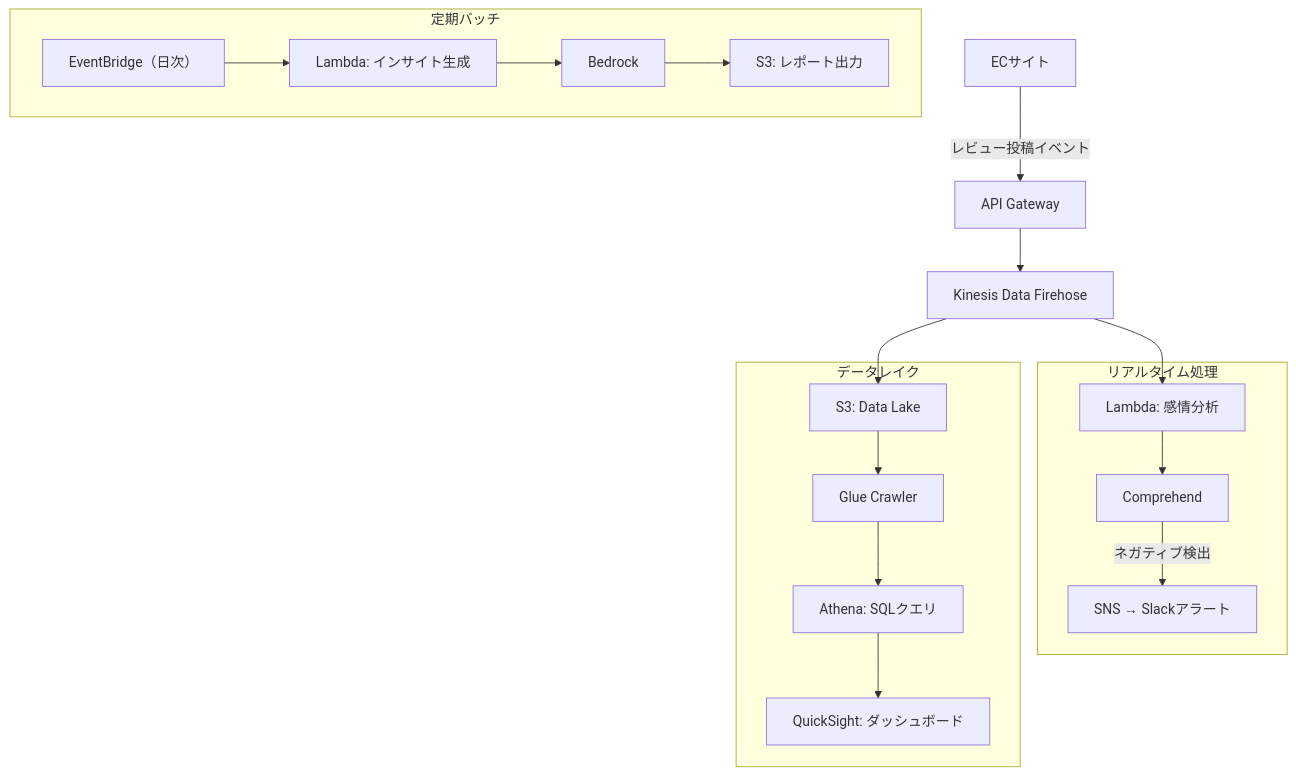
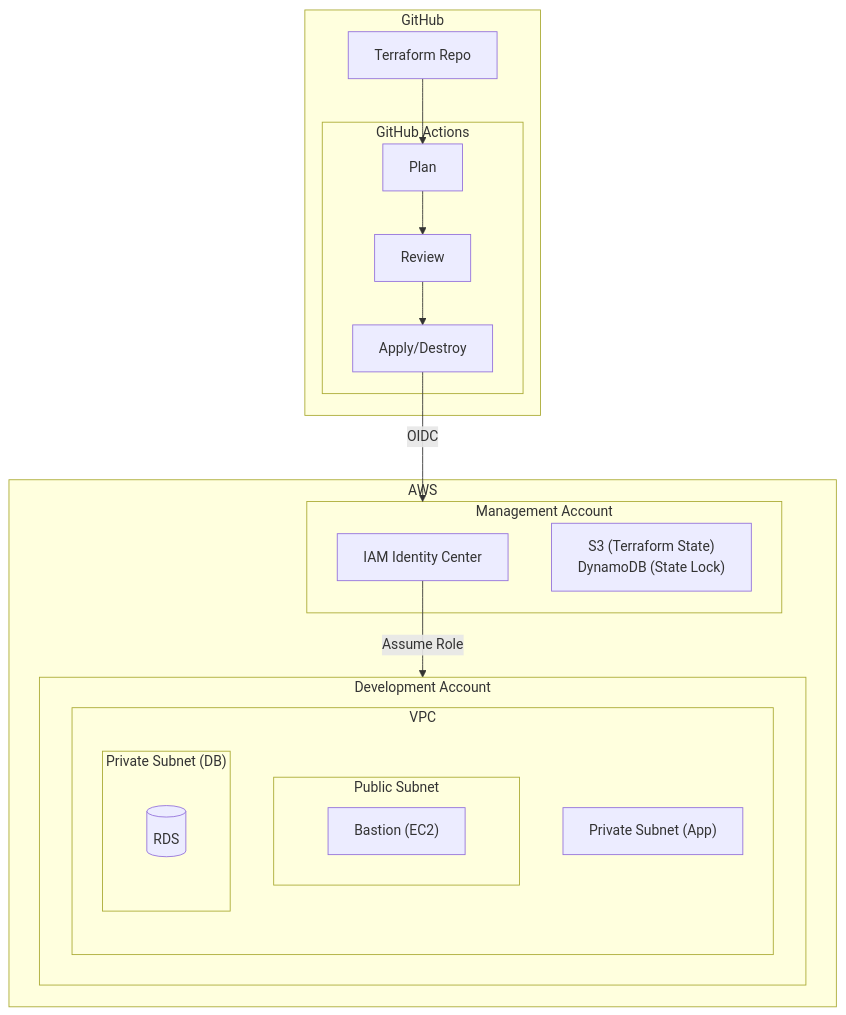
Before and after one commit to yuta-ishii-cm/aws-practice: the first of 2 diagrams in exercises/exercise-09.md, drawn with Mermaid. The commit also changed other lines of this file and 38 other files, not shown here.

````diff
--- a/exercises/exercise-09.md
+++ b/exercises/exercise-09.md
@@ -185,40 +90,35 @@
 ```mermaid
 flowchart TB
-    ECサイト["ECサイト"]
-    APIGateway["API Gateway"]
-    Firehose["Kinesis Data Firehose"]
-
-    subgraph RealtimeProcessing["リアルタイム処理"]
-        LambdaSentiment["Lambda: 感情分析"]
-        Comprehend["Comprehend"]
-        SNS["SNS → Slackアラート"]
+    subgraph GitHub["GitHub"]
+        TFRepo["Terraform Repo"]
+        subgraph GHA["GitHub Actions"]
+            Plan["Plan"]
+            Review["Review"]
+            Apply["Apply/Destroy"]
+        end
     end
 
-    subgraph DataLake["データレイク"]
-        S3Lake["S3: Data Lake"]
-        GlueCrawler["Glue Crawler"]
-        Athena["Athena: SQLクエリ"]
-        QuickSight["QuickSight: ダッシュボード"]
+    subgraph AWS["AWS"]
+        subgraph Management["Management Account"]
+            IAM["IAM Identity Center"]
+            S3State["S3 (Terraform State)<br/>DynamoDB (State Lock)"]
+        end
+        subgraph DevAccount["Development Account"]
+            subgraph VPC["VPC"]
+                subgraph PublicSubnet["Public Subnet"]
+                    Bastion["Bastion (EC2)"]
+                end
+                PrivateApp["Private Subnet (App)"]
+                subgraph PrivateDB["Private Subnet (DB)"]
+                    RDS[("RDS")]
+                end
+            end
+        end
     end
 
-    subgraph BatchProcessing["定期バッチ"]
-        EventBridge["EventBridge（日次）"]
-        LambdaInsight["Lambda: インサイト生成"]
-        Bedrock["Bedrock"]
-        S3Report["S3: レポート出力"]
-    end
-
-    ECサイト -->|レビュー投稿イベント| APIGateway
-    APIGateway --> Firehose
-    Firehose --> LambdaSentiment
-    LambdaSentiment --> Comprehend
-    Comprehend -->|ネガティブ検出| SNS
-    Firehose --> S3Lake
-    S3Lake --> GlueCrawler
-    GlueCrawler --> Athena
-    Athena --> QuickSight
-
-    EventBridge --> LambdaInsight
-    LambdaInsight --> Bedrock
-    Bedrock --> S3Report
+    TFRepo --> Plan
+    Plan --> Review
+    Review --> Apply
+    Apply -->|OIDC| Management
+    IAM -->|Assume Role| DevAccount
 ```
````
